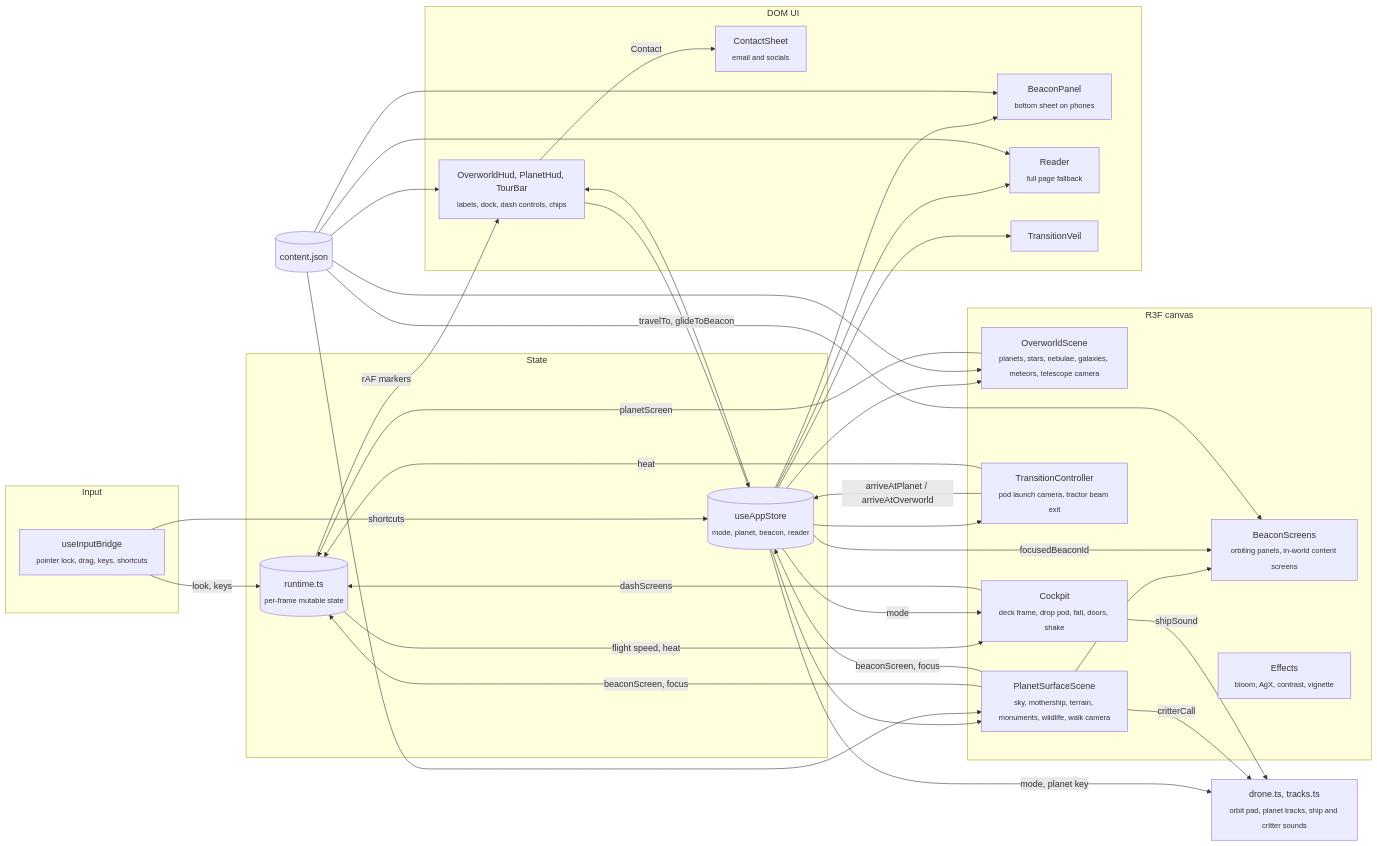
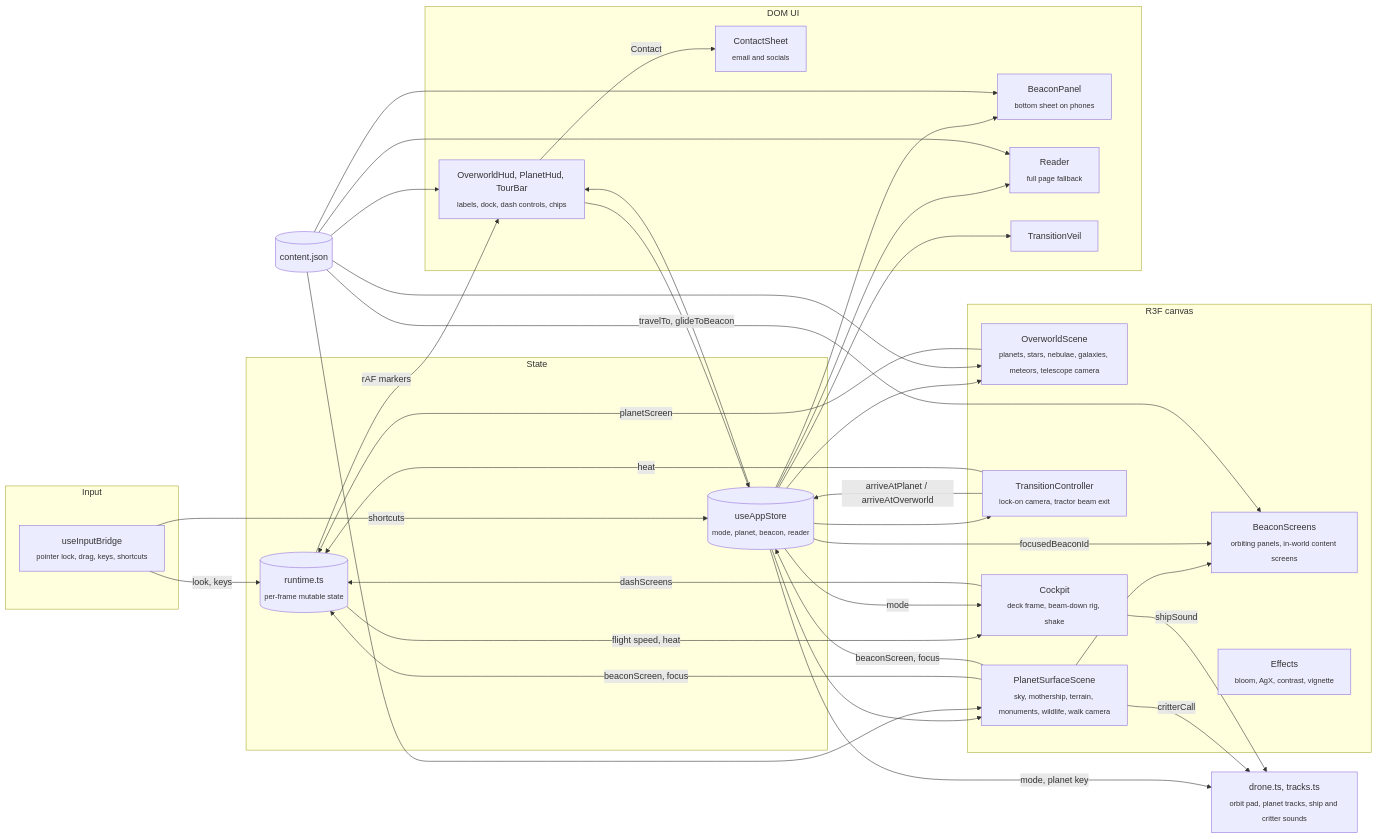
Before and after one commit to teddycitrus/portfolio: the first of 2 diagrams in README.md, drawn with Mermaid. The commit also changed other lines of this file and 10 other files, not shown here.

Commit message:
redid planet arrival as tractor beam down, removed drop pod

````diff
--- a/README.md
+++ b/README.md
@@ -19,47 +19,47 @@
 ```mermaid
 flowchart LR
   subgraph Input
     bridge["useInputBridge<br/><sub>pointer lock, drag, keys, shortcuts</sub>"]
   end
   subgraph State
     store[("useAppStore<br/><sub>mode, planet, beacon, reader</sub>")]
     runtime[("runtime.ts<br/><sub>per-frame mutable state</sub>")]
   end
   subgraph Canvas["R3F canvas"]
     overworld["OverworldScene<br/><sub>planets, stars, nebulae, galaxies, meteors, telescope camera</sub>"]
     surface["PlanetSurfaceScene<br/><sub>sky, mothership, terrain, monuments, wildlife, walk camera</sub>"]
     screens["BeaconScreens<br/><sub>orbiting panels, in-world content screens</sub>"]
-    transition["TransitionController<br/><sub>pod launch camera, tractor beam exit</sub>"]
-    ship["Cockpit<br/><sub>deck frame, drop pod, fall, doors, shake</sub>"]
+    transition["TransitionController<br/><sub>lock-on camera, tractor beam exit</sub>"]
+    ship["Cockpit<br/><sub>deck frame, beam-down rig, shake</sub>"]
     fx["Effects<br/><sub>bloom, AgX, contrast, vignette</sub>"]
   end
   subgraph DOM["DOM UI"]
     hud["OverworldHud, PlanetHud, TourBar<br/><sub>labels, dock, dash controls, chips</sub>"]
     contact["ContactSheet<br/><sub>email and socials</sub>"]
     panel["BeaconPanel<br/><sub>bottom sheet on phones</sub>"]
     reader["Reader<br/><sub>full page fallback</sub>"]
     veil["TransitionVeil"]
   end
   content[("content.json")]
   drone["drone.ts, tracks.ts<br/><sub>orbit pad, planet tracks, ship and critter sounds</sub>"]
 
   bridge -->|"look, keys"| runtime
   bridge -->|"shortcuts"| store
   store --> overworld & surface & transition & hud & panel & reader & veil
   overworld -->|"planetScreen"| runtime
   surface -->|"beaconScreen, focus"| runtime & store
   runtime -->|"rAF markers"| hud
   surface --> screens
   surface -->|"critterCall"| drone
   store -->|"focusedBeaconId"| screens
   store -->|"mode, planet key"| drone
   content --> overworld & surface & hud & panel & reader & screens
   hud -->|"travelTo, glideToBeacon"| store
   transition -->|"arriveAtPlanet / arriveAtOverworld"| store
   transition -->|"heat"| runtime
   runtime -->|"flight speed, heat"| ship
   store -->|"mode"| ship
   ship -->|"shipSound"| drone
   ship -->|"dashScreens"| runtime
   hud -->|"Contact"| contact
 ```
````
